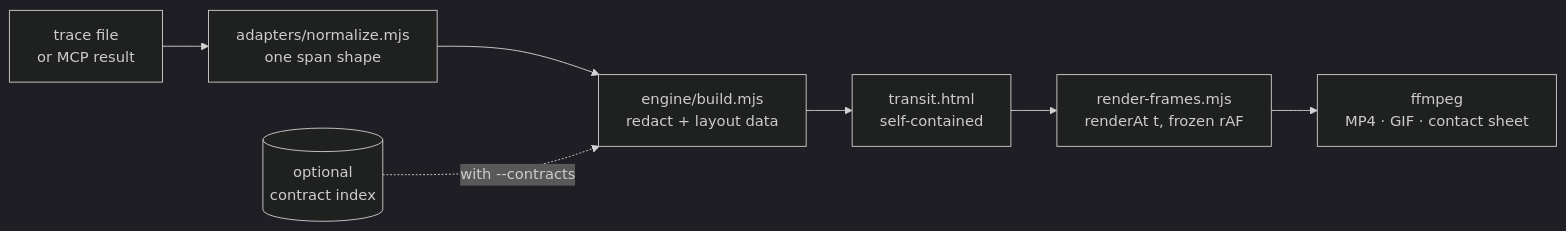
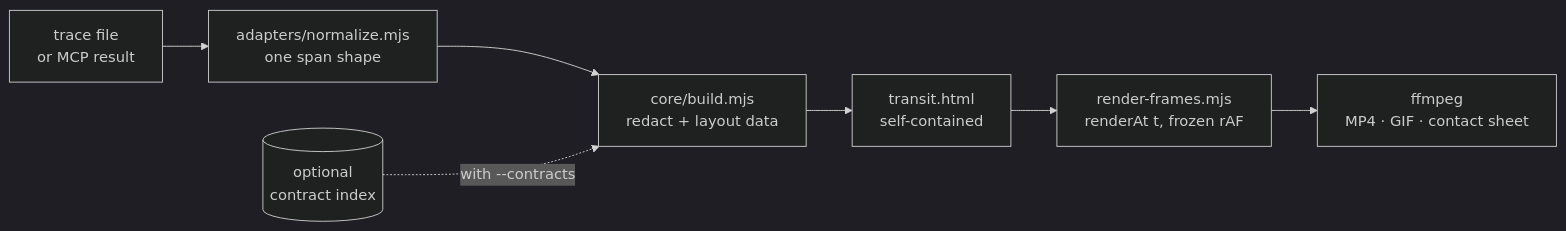
The diagram in README.md (israelvicars/request-transit), drawn with Mermaid (dark theme) before and after one commit. The commit also changed other lines of this file and 82 other files, not shown here.

Commit message:
M1: extract shared engine into core/, request-transit into skills/ (no behaviour change; mp4 hash identical)

````diff
--- a/README.md
+++ b/README.md
@@ -123,9 +123,9 @@
 ```mermaid
 flowchart LR
   A[trace file<br>or MCP result] --> B[adapters/normalize.mjs<br>one span shape]
-  B --> C[engine/build.mjs<br>redact + layout data]
+  B --> C[core/build.mjs<br>redact + layout data]
   K[(optional<br>contract index)] -.->|with --contracts| C
   C --> D[transit.html<br>self-contained]
   D --> E[render-frames.mjs<br>renderAt t, frozen rAF]
   E --> F[ffmpeg<br>MP4 · GIF · contact sheet]
 ```
````
